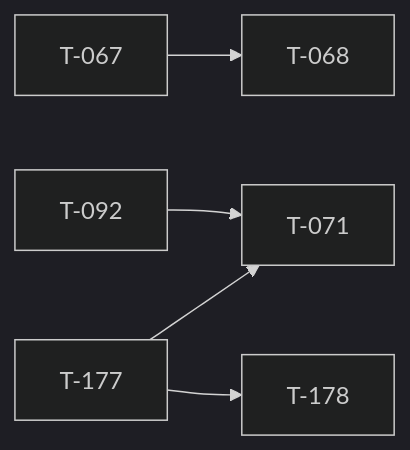
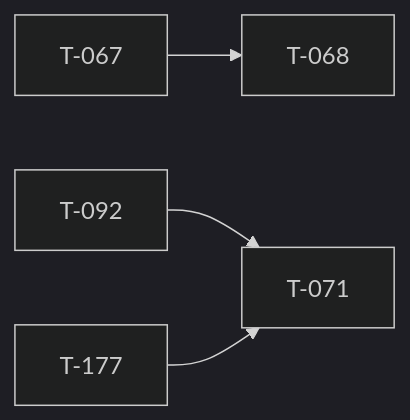
One commit to darkforce09/TBD-reforger changed the diagram in docs/TICKET_LEAD.md. Above: the diagram before and after it, drawn with Mermaid (dark theme). The commit also changed other lines of this file and 20 other files, not shown here.

````diff
--- a/docs/TICKET_LEAD.md
+++ b/docs/TICKET_LEAD.md
@@ -32,7 +31,6 @@
 ```mermaid
 flowchart LR
   T067[T-067] --> T068[T-068]
   T092[T-092] --> T071[T-071]
   T177[T-177] --> T071[T-071]
-  T177[T-177] --> T178[T-178]
 ```
````
